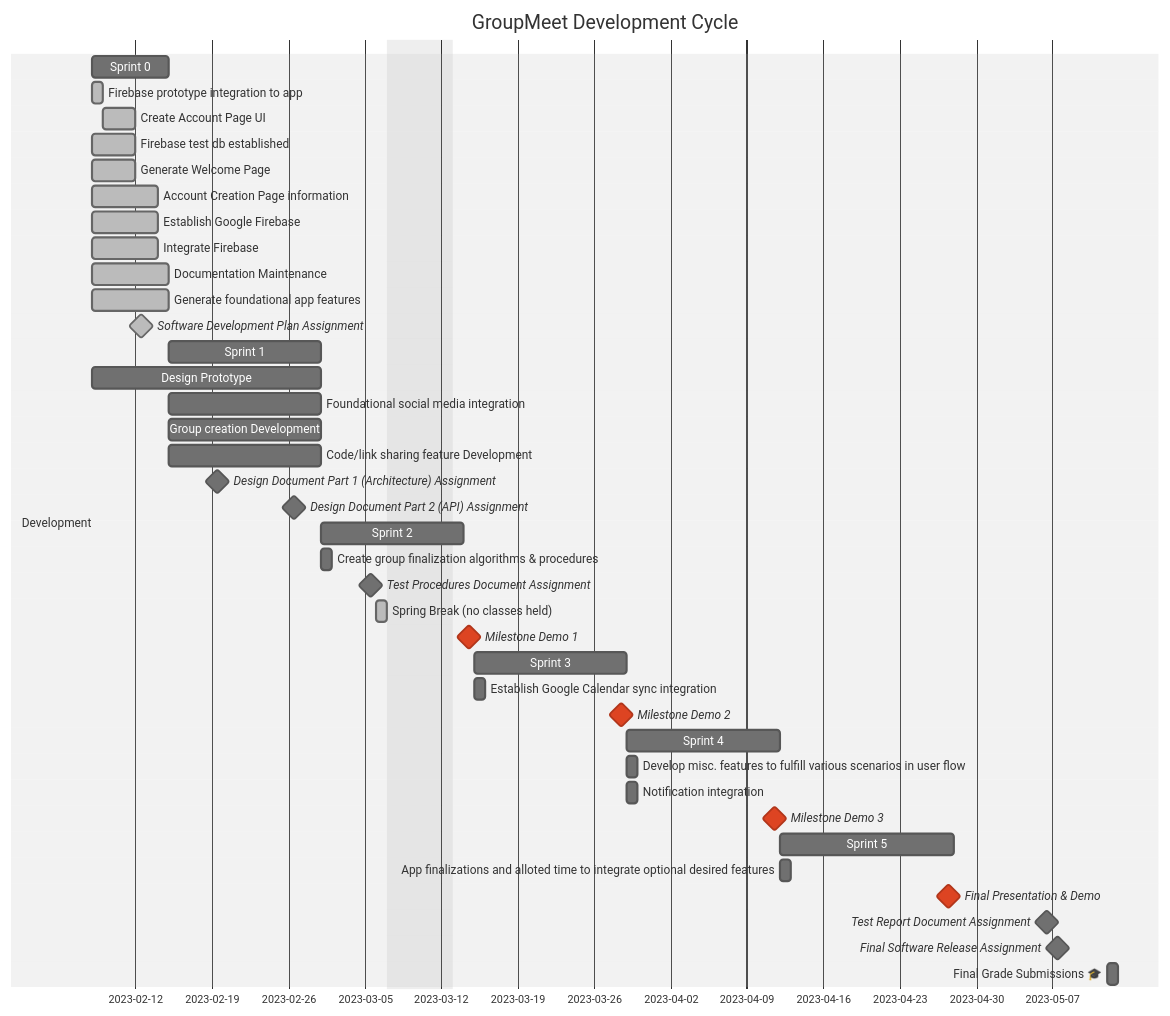
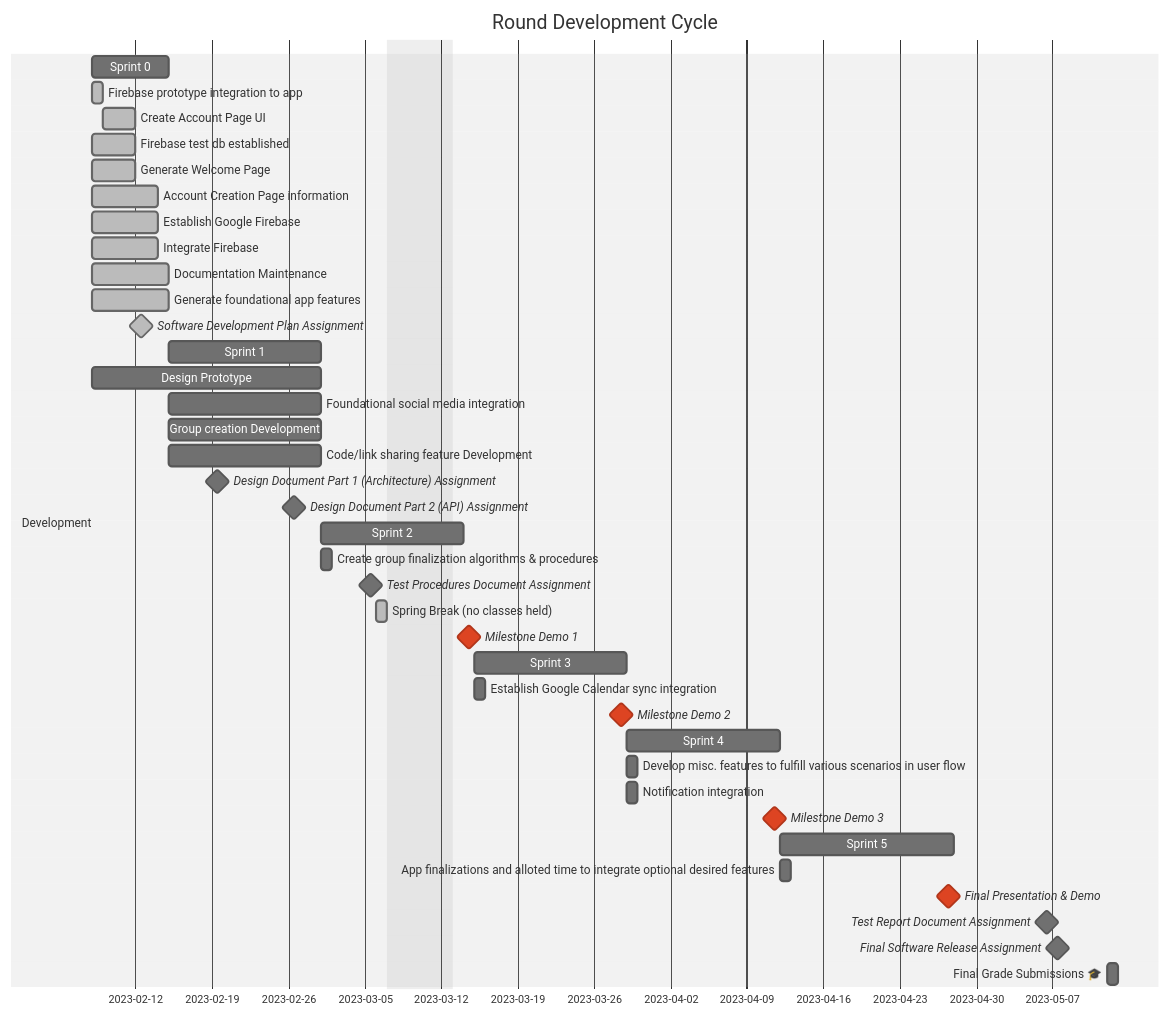
One commit to Capstone-Projects-2023-Spring/project-groupmeet changed the diagram in documentation/docs/development-plan/schedule.md. Above: the diagram before and after it, drawn with Mermaid (neutral theme). The commit also changed 12 other files, not shown here.

````diff
--- a/documentation/docs/development-plan/schedule.md
+++ b/documentation/docs/development-plan/schedule.md
@@ -7,6 +7,6 @@
 ```mermaid
 gantt
-    title GroupMeet Development Cycle
+    title Round Development Cycle
     dateFormat  YYYY-MM-DD
     excludes 2023-03-07 2023-03-08 2023-03-09 2023-03-10 2023-03-11 2023-03-12
         section Development 
````
